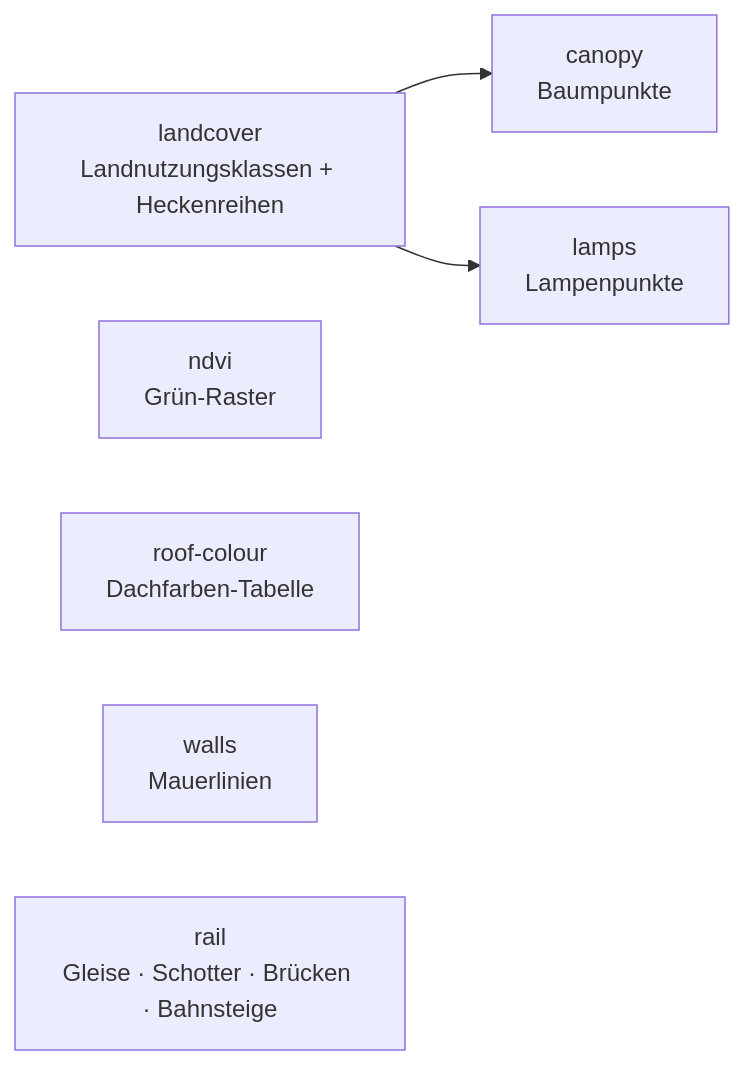
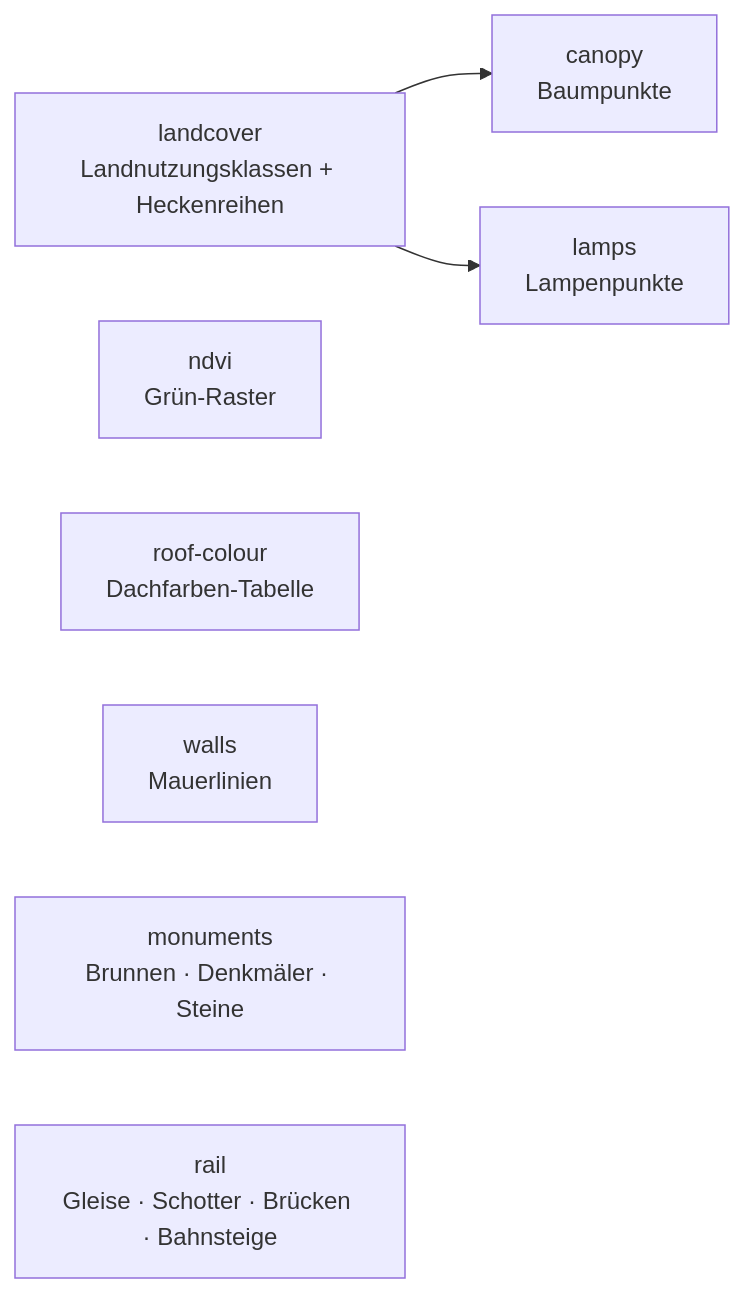
One commit to mdugue/bridge changed the second of 2 diagrams in docs/guide/de/data-journey.md. Above: the diagram before and after it, drawn with Mermaid. The commit also changed other lines of this file and 41 other files, not shown here.

````diff
--- a/docs/guide/de/data-journey.md
+++ b/docs/guide/de/data-journey.md
@@ -73,9 +73,10 @@
 ```mermaid
 flowchart LR
   DLM["landcover<br/>Landnutzungsklassen + Heckenreihen"] --> CAN["canopy<br/>Baumpunkte"]
   DLM --> LAMP["lamps<br/>Lampenpunkte"]
   NDVI["ndvi<br/>Grün-Raster"]
   ROOF["roof-colour<br/>Dachfarben-Tabelle"]
   WALL["walls<br/>Mauerlinien"]
+  MON["monuments<br/>Brunnen · Denkmäler · Steine"]
   RAIL["rail<br/>Gleise · Schotter · Brücken · Bahnsteige"]
 ```
````
